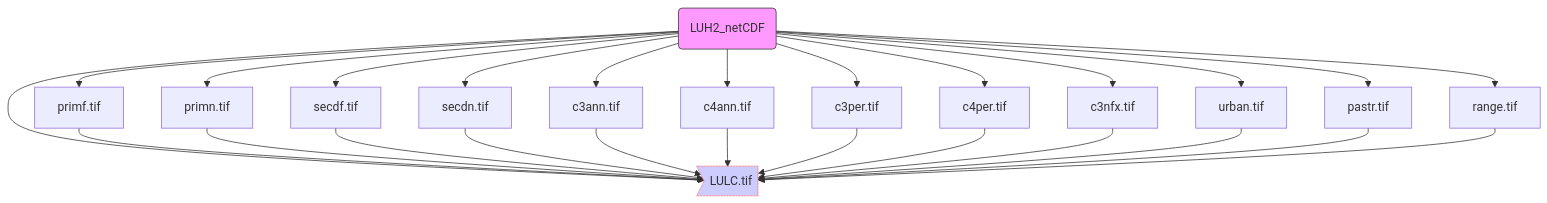
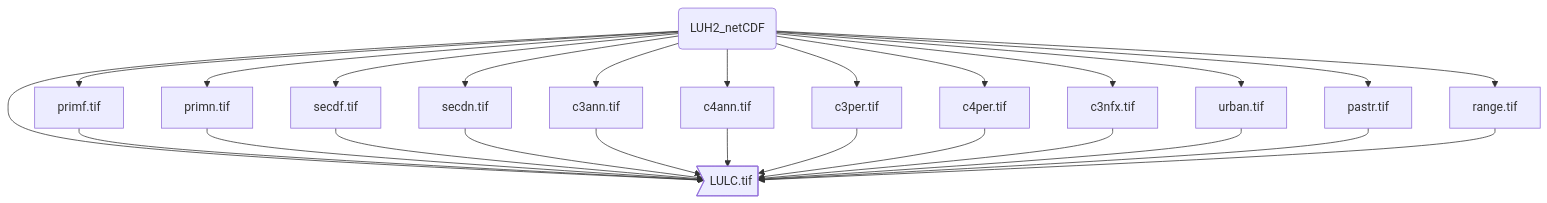
The second of 2 diagrams in README.md (Tai-Rocha/LUH2_Data), drawn with Mermaid before and after one commit.

````diff
--- a/README.md
+++ b/README.md
@@ -31,30 +31,28 @@
 ```mermaid
 graph TB
 A(Start)-->O(Stop)
-    style A fill:#f9f,stroke:#333,stroke-width:o.5px;
-    style O fill:#ccf,stroke:#f66,stroke-width:0.5px,stroke-dasharray: 1, 1
 A(<font size=3>LUH2_netCDF) --> B[<font size=3>primf.tif]
     A --> C[<font size=3>primn.tif]
     A --> D[<font size=3>secdf.tif]
     A --> E[<font size=3>secdn.tif]
     A --> F[<font size=3>c3ann.tif]
     A --> G[<font size=3>c4ann.tif]
     A --> H[<font size=3>c3per.tif]
     A --> I[<font size=3>c4per.tif]
     A --> J[<font size=3>c3nfx.tif]
     A --> L[<font size=3>urban.tif]
     A --> M[<font size=3>pastr.tif]
     A --> N[<font size=3>range.tif]
     B --> O><font size=3>LULC.tif]
     C --> O><font size=3>LULC.tif]
     D --> O><font size=3>LULC.tif]
     E --> O><font size=3>LULC.tif]
     F --> O><font size=3>LULC.tif]
     G --> O><font size=3>LULC.tif]
     H --> O><font size=3>LULC.tif]
     I --> O><font size=3>LULC.tif]
     J --> O><font size=3>LULC.tif]
     L --> O><font size=3>LULC.tif]
     M --> O><font size=3>LULC.tif]
     N --> O><font size=3>LULC.tif]
 ```
````
